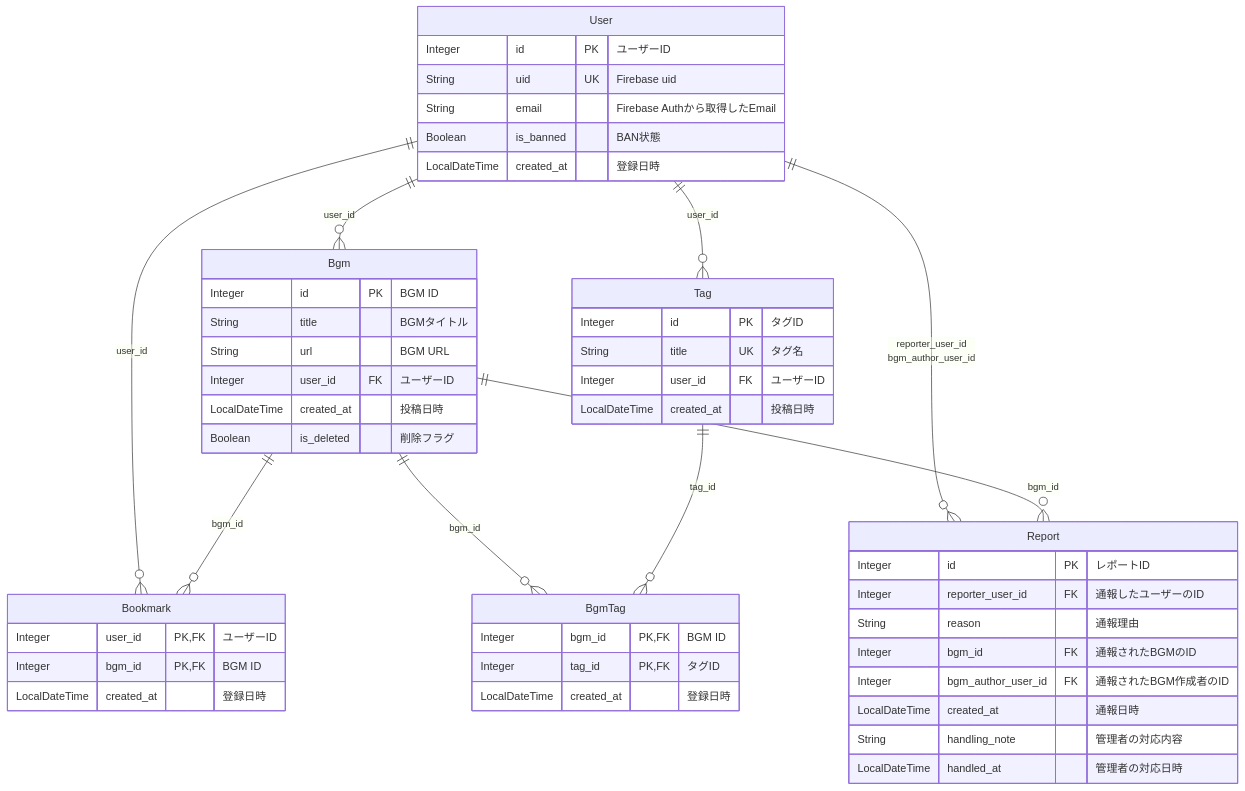
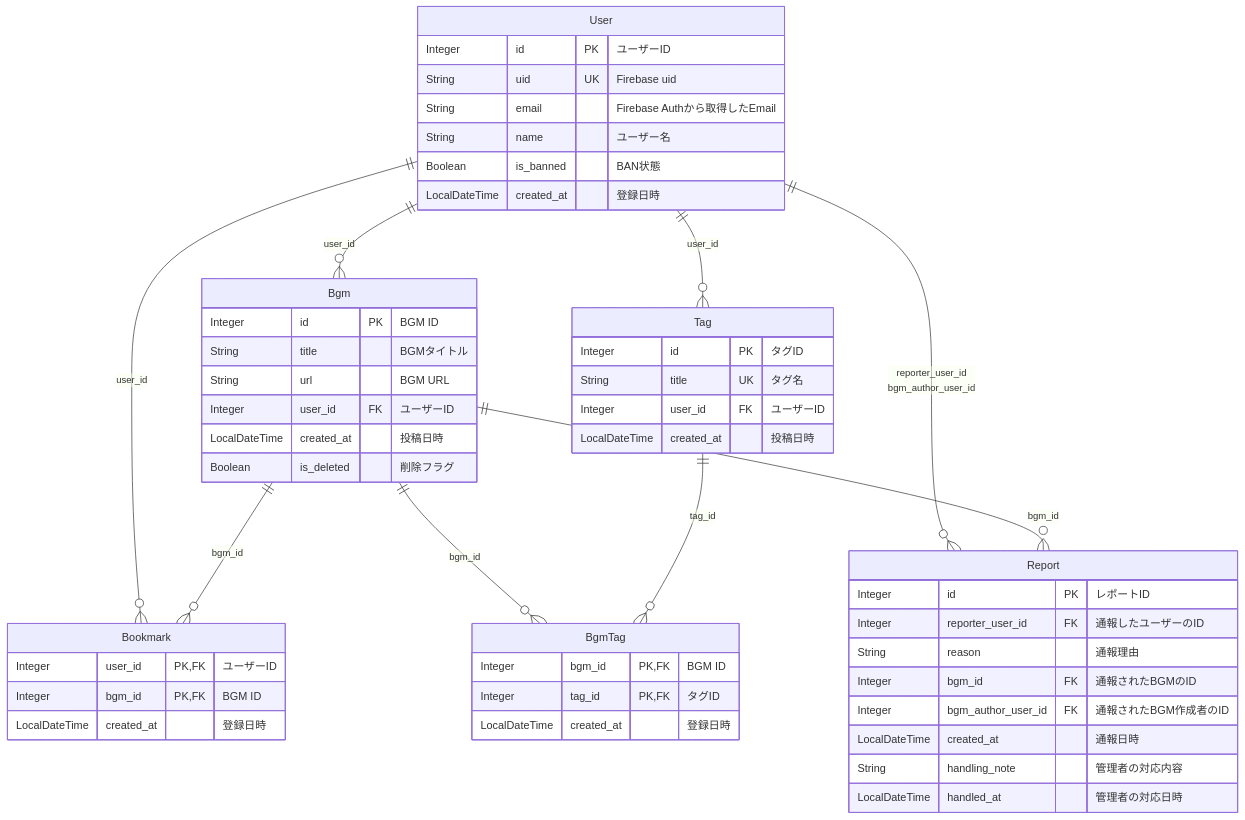
The diagram in docs/er.md (kagomen/bgm-api-springboot), drawn with Mermaid before and after one commit. The commit also changed 3 other files, not shown here.

````diff
--- a/docs/er.md
+++ b/docs/er.md
@@ -5,59 +5,59 @@
 ```mermaid
 erDiagram
+    User {
+        Integer id PK "ユーザーID"
+        String uid UK "Firebase uid"
+        String email "Firebase Authから取得したEmail"
+        String name "ユーザー名"
+        Boolean is_banned "BAN状態"
+        LocalDateTime created_at "登録日時"
+    }
 
-User {
-Integer id PK "ユーザーID"
-String uid UK "Firebase uid"
-String email "Firebase Authから取得したEmail"
-Boolean is_banned "BAN状態"
-LocalDateTime created_at "登録日時"
-}
+    Bgm {
+        Integer id PK "BGM ID"
+        String title "BGMタイトル"
+        String url "BGM URL"
+        Integer user_id FK "ユーザーID"
+        LocalDateTime created_at "投稿日時"
+        Boolean is_deleted "削除フラグ"
+    }
 
-Bgm {
-Integer id PK "BGM ID"
-String title "BGMタイトル"
-String url "BGM URL"
-Integer user_id FK "ユーザーID"
-LocalDateTime created_at "投稿日時"
-Boolean is_deleted "削除フラグ"
-}
+    Bookmark {
+        Integer user_id PK, FK "ユーザーID"
+        Integer bgm_id PK, FK "BGM ID"
+        LocalDateTime created_at "登録日時"
+    }
 
-Bookmark {
-Integer user_id PK,FK "ユーザーID"
-Integer bgm_id PK,FK "BGM ID"
-LocalDateTime created_at "登録日時"
-}
+    Tag {
+        Integer id PK "タグID"
+        String title UK "タグ名"
+        Integer user_id FK "ユーザーID"
+        LocalDateTime created_at "投稿日時"
+    }
 
-Tag {
-Integer id PK "タグID"
-String title UK "タグ名"
-Integer user_id FK "ユーザーID"
-LocalDateTime created_at "投稿日時"
-}
+    BgmTag {
+        Integer bgm_id PK, FK "BGM ID"
+        Integer tag_id PK, FK "タグID"
+        LocalDateTime created_at "登録日時"
+    }
 
-BgmTag {
-Integer bgm_id PK,FK "BGM ID"
-Integer tag_id PK,FK "タグID"
-LocalDateTime created_at "登録日時"
-}
+    Report {
+        Integer id PK "レポートID"
+        Integer reporter_user_id FK "通報したユーザーのID"
+        String reason "通報理由"
+        Integer bgm_id FK "通報されたBGMのID"
+        Integer bgm_author_user_id FK "通報されたBGM作成者のID"
+        LocalDateTime created_at "通報日時"
+        String handling_note "管理者の対応内容"
+        LocalDateTime handled_at "管理者の対応日時"
+    }
 
-Report {
-Integer id PK "レポートID"
-Integer reporter_user_id FK "通報したユーザーのID"
-String reason "通報理由"
-Integer bgm_id FK "通報されたBGMのID"
-Integer bgm_author_user_id FK "通報されたBGM作成者のID"
-LocalDateTime created_at "通報日時"
-String handling_note "管理者の対応内容"
-LocalDateTime handled_at "管理者の対応日時"
-}
-
-User ||--o{ Bgm : user_id
-User ||--o{ Bookmark : user_id
-User ||--o{ Tag : user_id
-User ||--o{ Report : "reporter_user_id<br />bgm_author_user_id"
-Bgm ||--o{ Bookmark : bgm_id
-Bgm ||--o{ BgmTag : bgm_id
-Bgm ||--o{ Report : bgm_id
-Tag ||--o{ BgmTag : tag_id
+    User ||--o{ Bgm: user_id
+    User ||--o{ Bookmark: user_id
+    User ||--o{ Tag: user_id
+    User ||--o{ Report: "reporter_user_id<br />bgm_author_user_id"
+    Bgm ||--o{ Bookmark: bgm_id
+    Bgm ||--o{ BgmTag: bgm_id
+    Bgm ||--o{ Report: bgm_id
+    Tag ||--o{ BgmTag: tag_id
 ```
````
